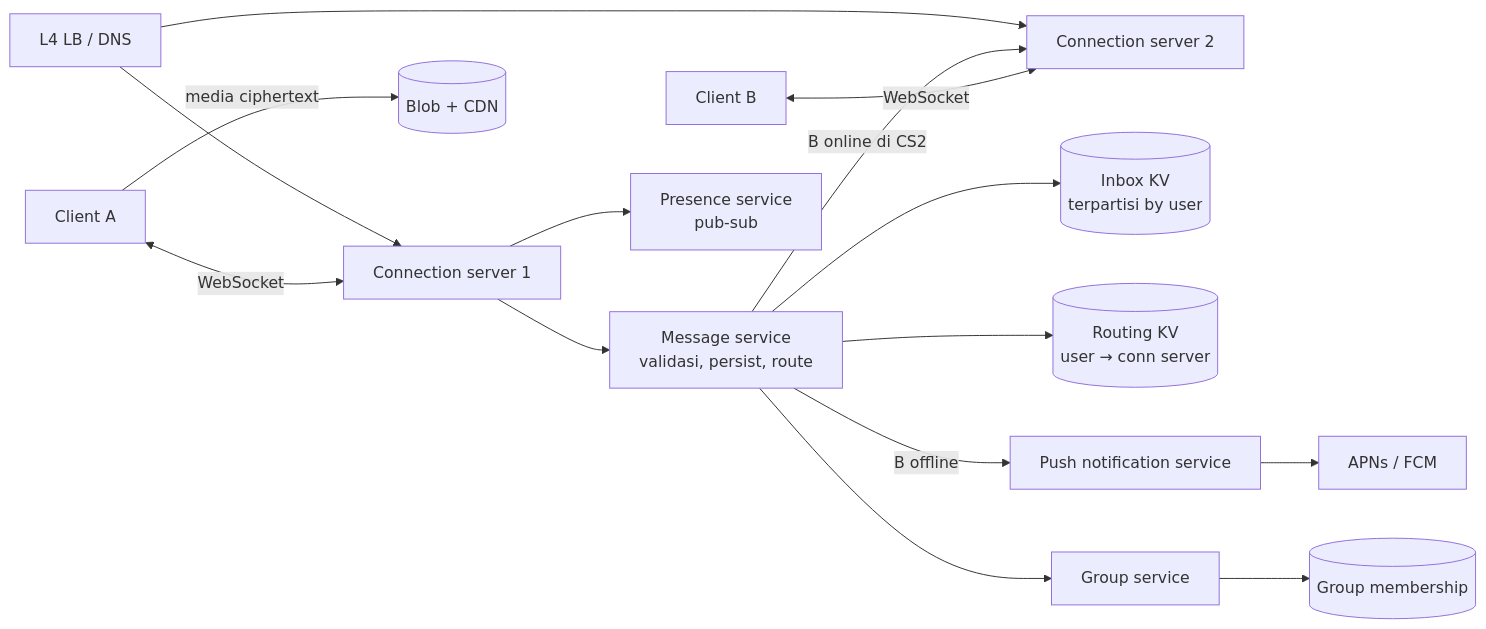
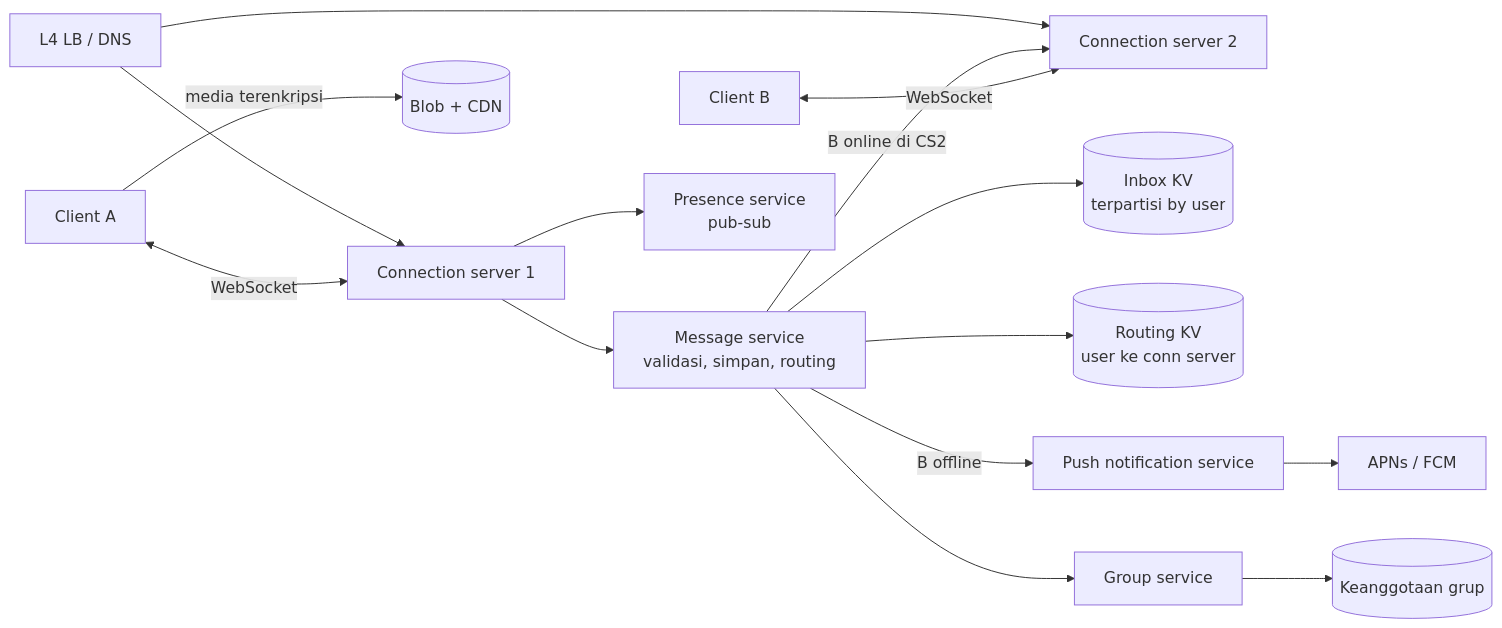
Before and after one commit to andreanpradanaa/sysdesign-lab: the first of 2 diagrams in src/content/lessons/bagian-3/whatsapp.mdx, drawn with Mermaid. The commit also changed other lines of this file and 17 other files, not shown here.

````diff
--- a/src/content/lessons/bagian-3/whatsapp.mdx
+++ b/src/content/lessons/bagian-3/whatsapp.mdx
@@ -158,16 +158,16 @@
 ```mermaid
 flowchart LR
   A[Client A] <-->|WebSocket| CS1[Connection server 1]
   B[Client B] <-->|WebSocket| CS2[Connection server 2]
-  CS1 --> MS[Message service\nvalidasi, persist, route]
-  MS --> INB[(Inbox KV\nterpartisi by user)]
-  MS --> RT[(Routing KV\nuser → conn server)]
+  CS1 --> MS[Message service\nvalidasi, simpan, routing]
+  MS --> INB[("Inbox KV\nterpartisi by user")]
+  MS --> RT[("Routing KV\nuser ke conn server")]
   MS -->|B online di CS2| CS2
   MS -->|B offline| PN[Push notification service] --> APNS[APNs / FCM]
   MS --> GS[Group service]
-  GS --> GDB[(Group membership)]
-  A -->|media ciphertext| BLOB[(Blob + CDN)]
+  GS --> GDB[("Keanggotaan grup")]
+  A -->|media terenkripsi| BLOB[("Blob + CDN")]
   CS1 --> PR[Presence service\npub-sub]
   LB[L4 LB / DNS] --> CS1
   LB --> CS2
 ```
````
